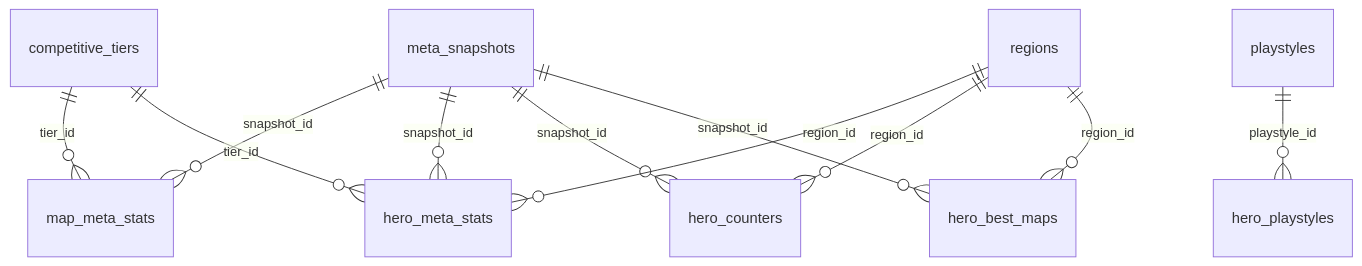
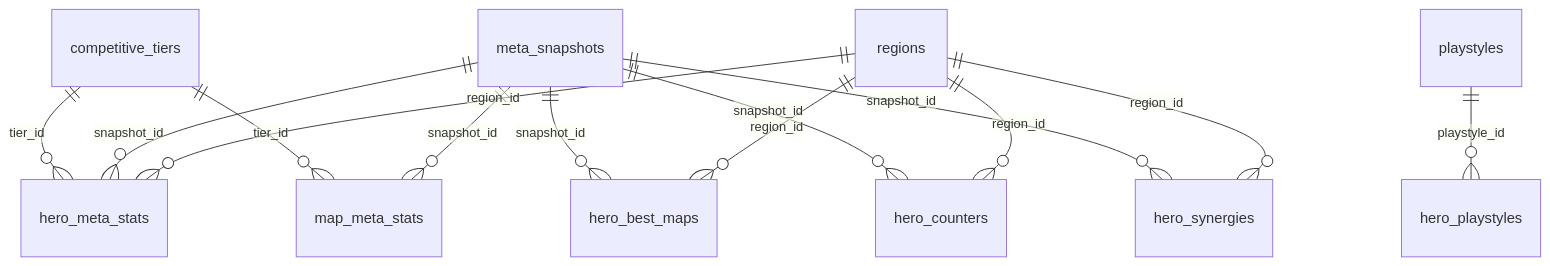
The third of 4 diagrams in docs/erd.md (mmikol/overwatch-db), drawn with Mermaid before and after one commit. The commit also changed other lines of this file and 5 other files, not shown here.

````diff
--- a/docs/erd.md
+++ b/docs/erd.md
@@ -52,13 +52,15 @@
 ```mermaid
 erDiagram
     competitive_tiers ||--o{ hero_meta_stats : "tier_id"
     competitive_tiers ||--o{ map_meta_stats : "tier_id"
     meta_snapshots ||--o{ hero_best_maps : "snapshot_id"
     meta_snapshots ||--o{ hero_counters : "snapshot_id"
     meta_snapshots ||--o{ hero_meta_stats : "snapshot_id"
+    meta_snapshots ||--o{ hero_synergies : "snapshot_id"
     meta_snapshots ||--o{ map_meta_stats : "snapshot_id"
     playstyles ||--o{ hero_playstyles : "playstyle_id"
     regions ||--o{ hero_best_maps : "region_id"
     regions ||--o{ hero_counters : "region_id"
     regions ||--o{ hero_meta_stats : "region_id"
+    regions ||--o{ hero_synergies : "region_id"
 ```
````
